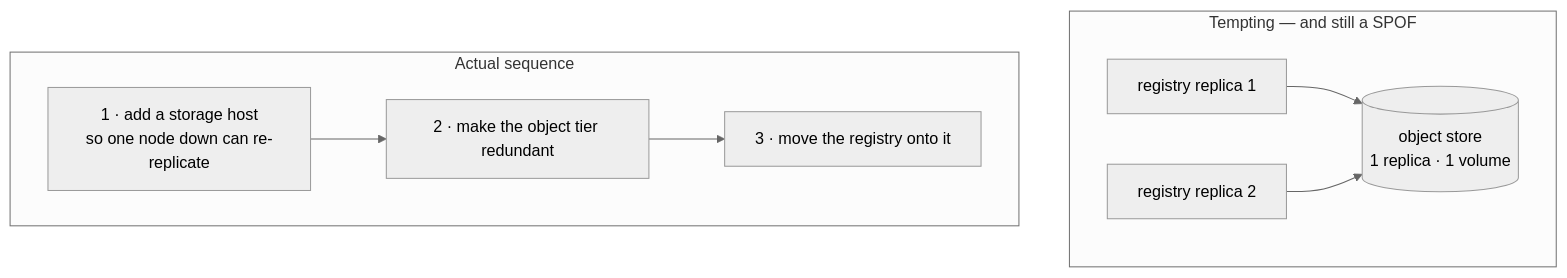
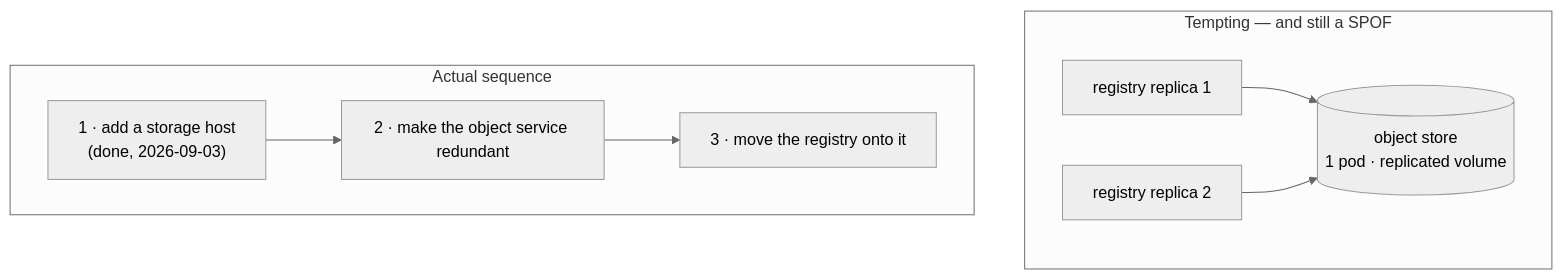
Before and after one commit to schultzzznet/schultzzznet: the first of 3 diagrams in docs/reliability.md, drawn with Mermaid (neutral theme). The commit also changed other lines of this file and 13 other files, not shown here.

````diff
--- a/docs/reliability.md
+++ b/docs/reliability.md
@@ -82,11 +106,11 @@
 ```mermaid
 flowchart TD
   subgraph WRONG["Tempting — and still a SPOF"]
-    R1["registry replica 1"] --> M1[("object store<br/>1 replica · 1 volume")]
+    R1["registry replica 1"] --> M1[("object store<br/>1 pod · replicated volume")]
     R2["registry replica 2"] --> M1
   end
   subgraph RIGHT["Actual sequence"]
-    S1["1 · add a storage host<br/>so one node down can re-replicate"] --> S2["2 · make the object tier redundant"]
+    S1["1 · add a storage host<br/>(done, 2026-09-03)"] --> S2["2 · make the object service redundant"]
     S2 --> S3["3 · move the registry onto it"]
   end
 ```
````
